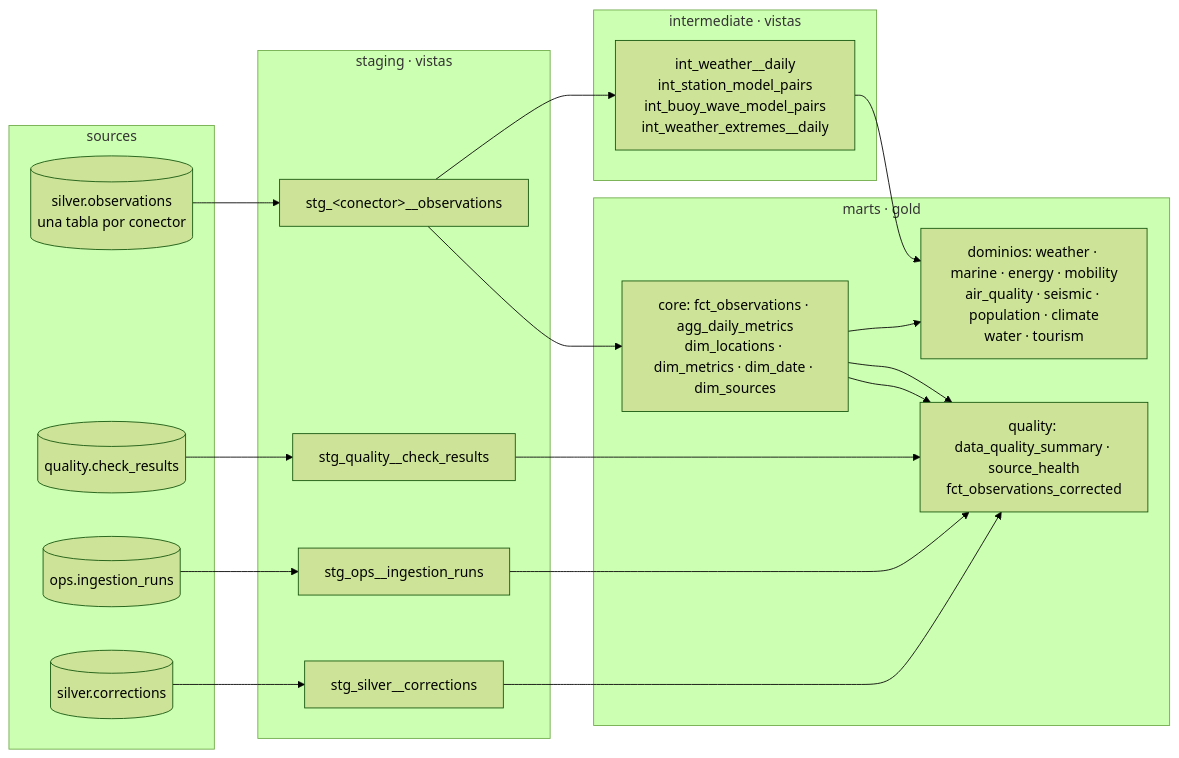
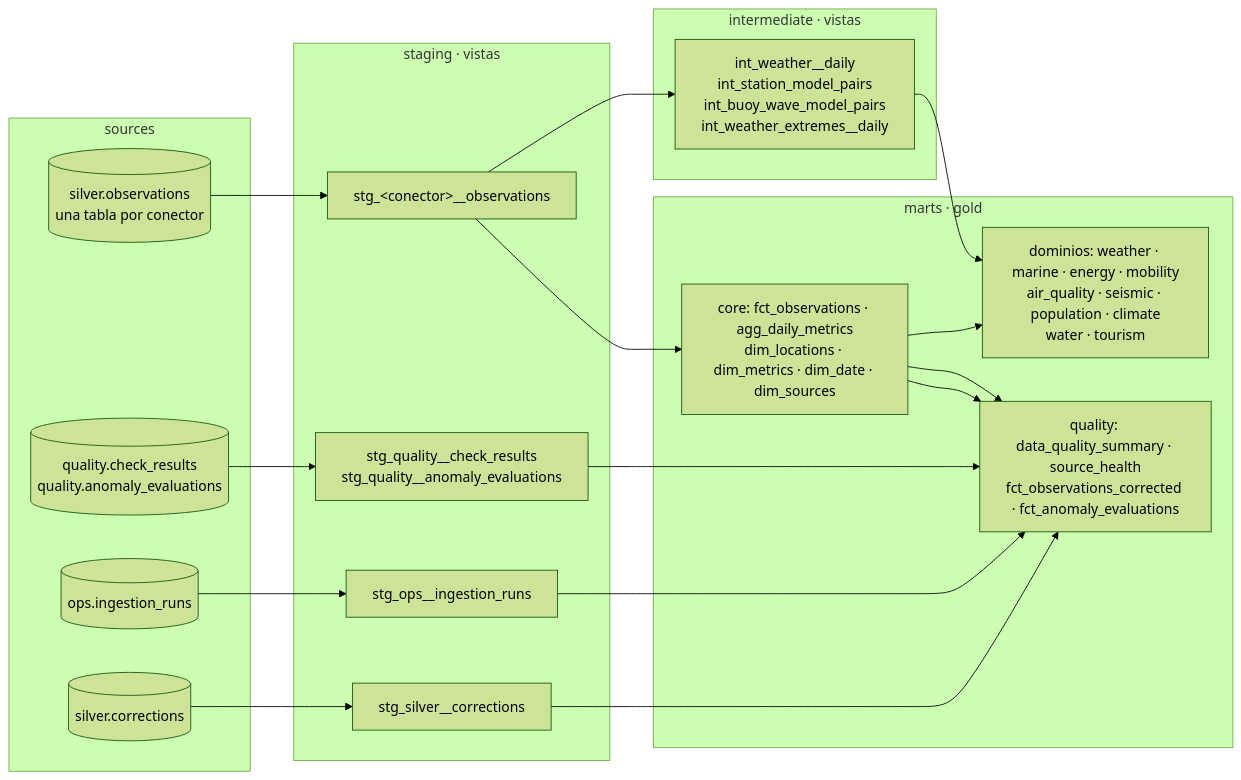
Before and after one commit to AlexandreColl/MallorcaDataPlatform: the diagram in dbt/README.md, drawn with Mermaid (forest theme). The commit also changed other lines of this file and 14 other files, not shown here.

Commit message:
✨ feat(api): serve the latest anomaly benchmark of every source from gold

````diff
--- a/dbt/README.md
+++ b/dbt/README.md
@@ -9,30 +10,30 @@
 ```mermaid
 flowchart LR
     subgraph sources[sources]
         S1[(silver.observations<br/>una tabla por conector)]
-        S2[(quality.check_results)]
+        S2[(quality.check_results<br/>quality.anomaly_evaluations)]
         S3[(ops.ingestion_runs)]
         S4[(silver.corrections)]
     end
     subgraph staging[staging · vistas]
         ST[stg_&lt;conector&gt;__observations]
-        SQ[stg_quality__check_results]
+        SQ[stg_quality__check_results<br/>stg_quality__anomaly_evaluations]
         SO[stg_ops__ingestion_runs]
         SC[stg_silver__corrections]
     end
     subgraph intermediate[intermediate · vistas]
         IW[int_weather__daily<br/>int_station_model_pairs<br/>int_buoy_wave_model_pairs<br/>int_weather_extremes__daily]
     end
     subgraph marts[marts · gold]
         C[core: fct_observations · agg_daily_metrics<br/>dim_locations · dim_metrics · dim_date · dim_sources]
         D[dominios: weather · marine · energy · mobility<br/>air_quality · seismic · population · climate<br/>water · tourism]
-        Q[quality: data_quality_summary · source_health<br/>fct_observations_corrected]
+        Q[quality: data_quality_summary · source_health<br/>fct_observations_corrected · fct_anomaly_evaluations]
     end
     S1 --> ST --> IW --> D
     ST --> C --> D
     S2 --> SQ --> Q
     S3 --> SO --> Q
     S4 --> SC --> Q
     C --> Q
     C --> Q
 ```
````
